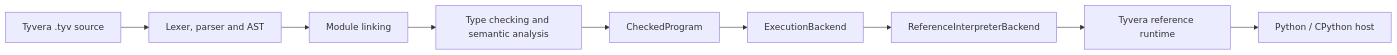
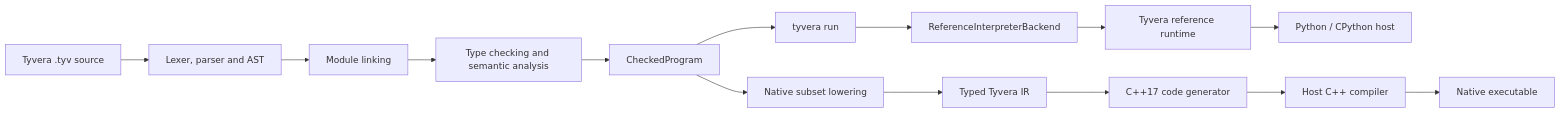
Before and after one commit to Reina-Kousaka1/Tyvera: the second of 2 diagrams in README.md, drawn with Mermaid. The commit also changed other lines of this file and 8 other files, not shown here.

Commit message:
docs(compiler): document native backend V1

````diff
--- a/README.md
+++ b/README.md
@@ -67,11 +74,16 @@
 ```mermaid
 flowchart LR
     source["Tyvera .tyv source"] --> frontend["Lexer, parser and AST"]
     frontend --> modules["Module linking"]
     modules --> checker["Type checking and semantic analysis"]
     checker --> checked["CheckedProgram"]
-    checked --> boundary["ExecutionBackend"]
-    boundary --> reference["ReferenceInterpreterBackend"]
+    checked --> run["tyvera run"]
+    run --> reference["ReferenceInterpreterBackend"]
     reference --> runtime["Tyvera reference runtime"]
     runtime --> python["Python / CPython host"]
+    checked --> lowering["Native subset lowering"]
+    lowering --> ir["Typed Tyvera IR"]
+    ir --> cpp["C++17 code generator"]
+    cpp --> compiler["Host C++ compiler"]
+    compiler --> executable["Native executable"]
 ```
````
